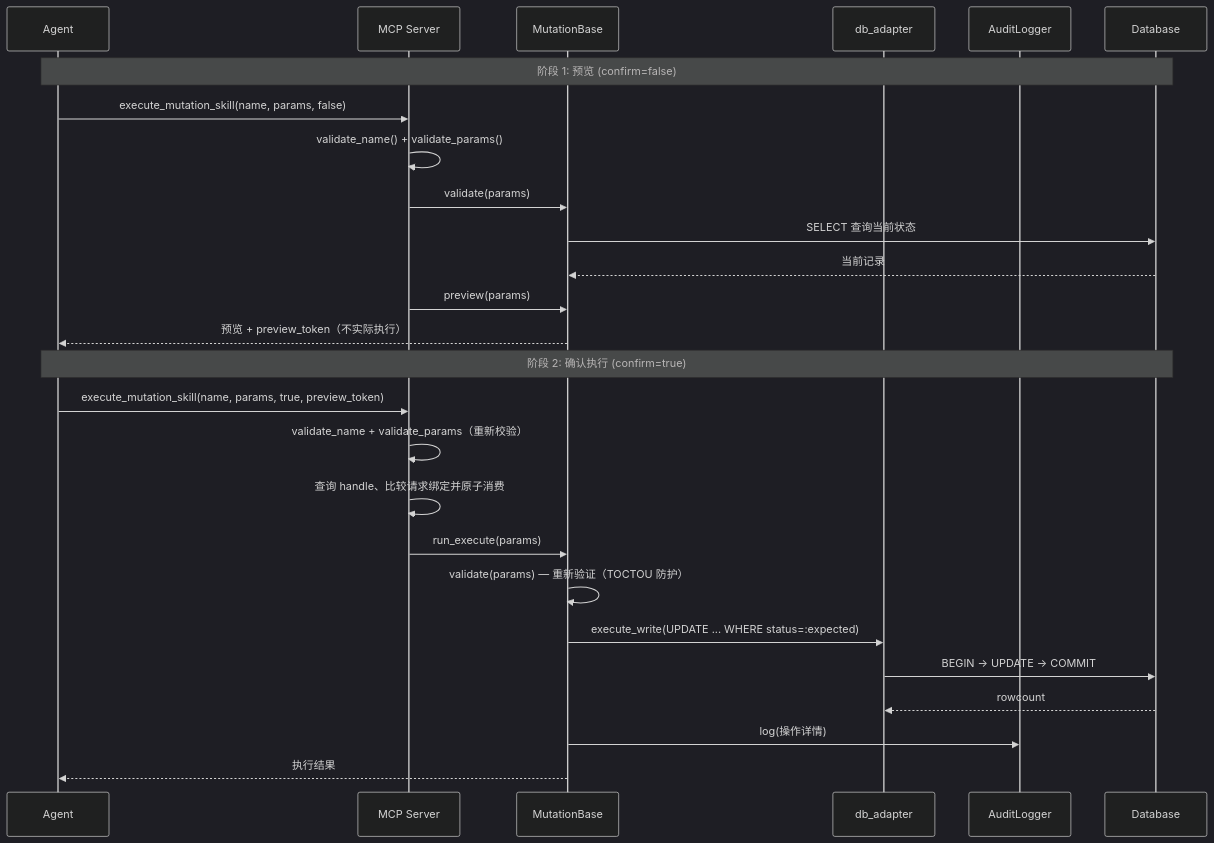
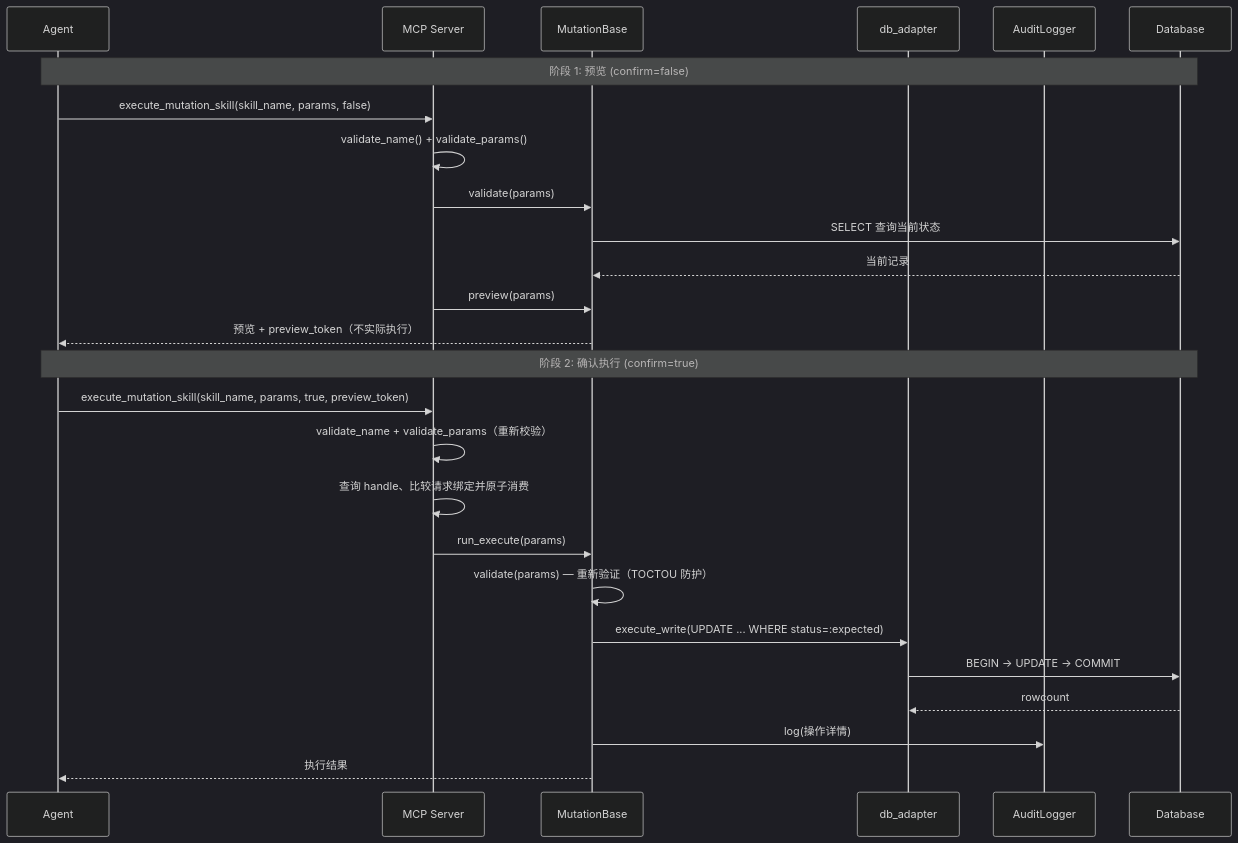
Before and after one commit to Firstmeridian/llm-sql-safety-executor-mcp: the third of 3 diagrams in README_ZH.md, drawn with Mermaid (dark theme). The commit also changed other lines of this file and 31 other files, not shown here.

````diff
--- a/README_ZH.md
+++ b/README_ZH.md
@@ -1921,30 +1977,30 @@
 ```mermaid
 sequenceDiagram
     participant Agent
     participant MCP as MCP Server
     participant Mutation as MutationBase
     participant Adapter as db_adapter
     participant Audit as AuditLogger
     participant DB as Database
 
     Note over Agent,DB: 阶段 1: 预览 (confirm=false)
-    Agent->>MCP: execute_mutation_skill(name, params, false)
+    Agent->>MCP: execute_mutation_skill(skill_name, params, false)
     MCP->>MCP: validate_name() + validate_params()
     MCP->>Mutation: validate(params)
     Mutation->>DB: SELECT 查询当前状态
     DB-->>Mutation: 当前记录
     MCP->>Mutation: preview(params)
     Mutation-->>Agent: 预览 + preview_token（不实际执行）
 
     Note over Agent,DB: 阶段 2: 确认执行 (confirm=true)
-    Agent->>MCP: execute_mutation_skill(name, params, true, preview_token)
+    Agent->>MCP: execute_mutation_skill(skill_name, params, true, preview_token)
     MCP->>MCP: validate_name + validate_params（重新校验）
     MCP->>MCP: 查询 handle、比较请求绑定并原子消费
     MCP->>Mutation: run_execute(params)
     Mutation->>Mutation: validate(params) — 重新验证（TOCTOU 防护）
     Mutation->>Adapter: execute_write(UPDATE ... WHERE status=:expected)
     Adapter->>DB: BEGIN → UPDATE → COMMIT
     DB-->>Adapter: rowcount
     Mutation->>Audit: log(操作详情)
     Mutation-->>Agent: 执行结果
 ```
````
